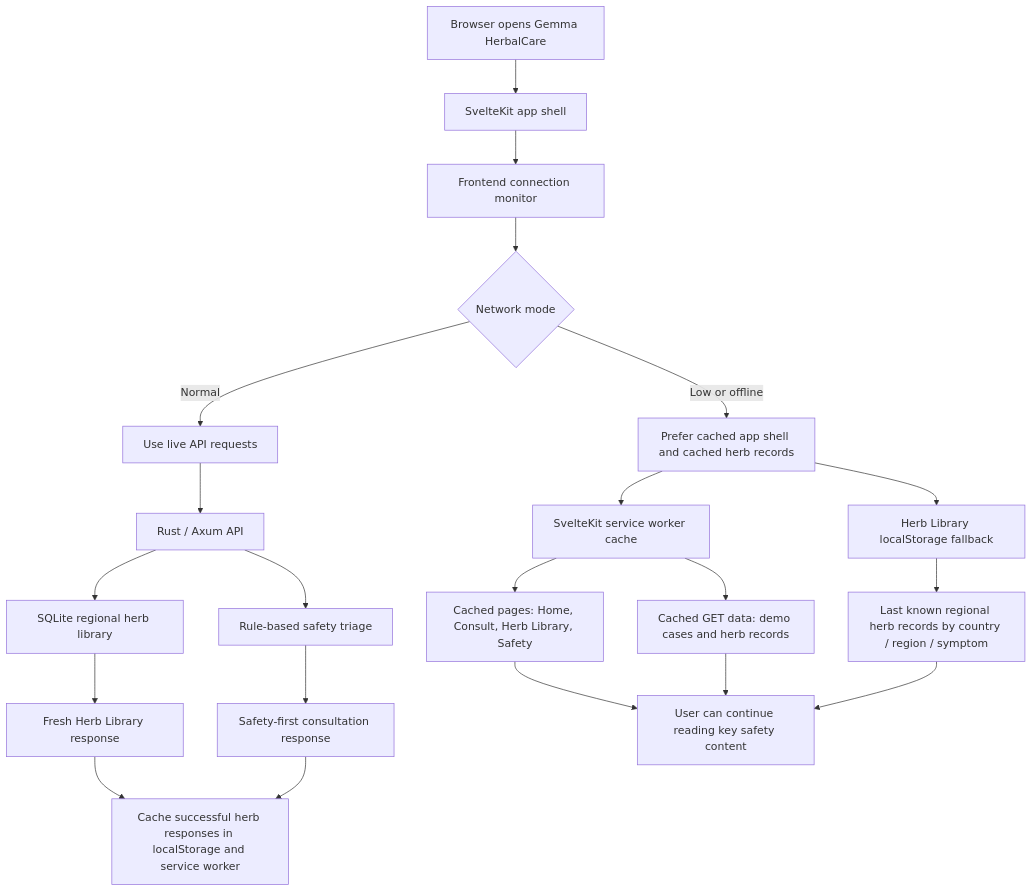
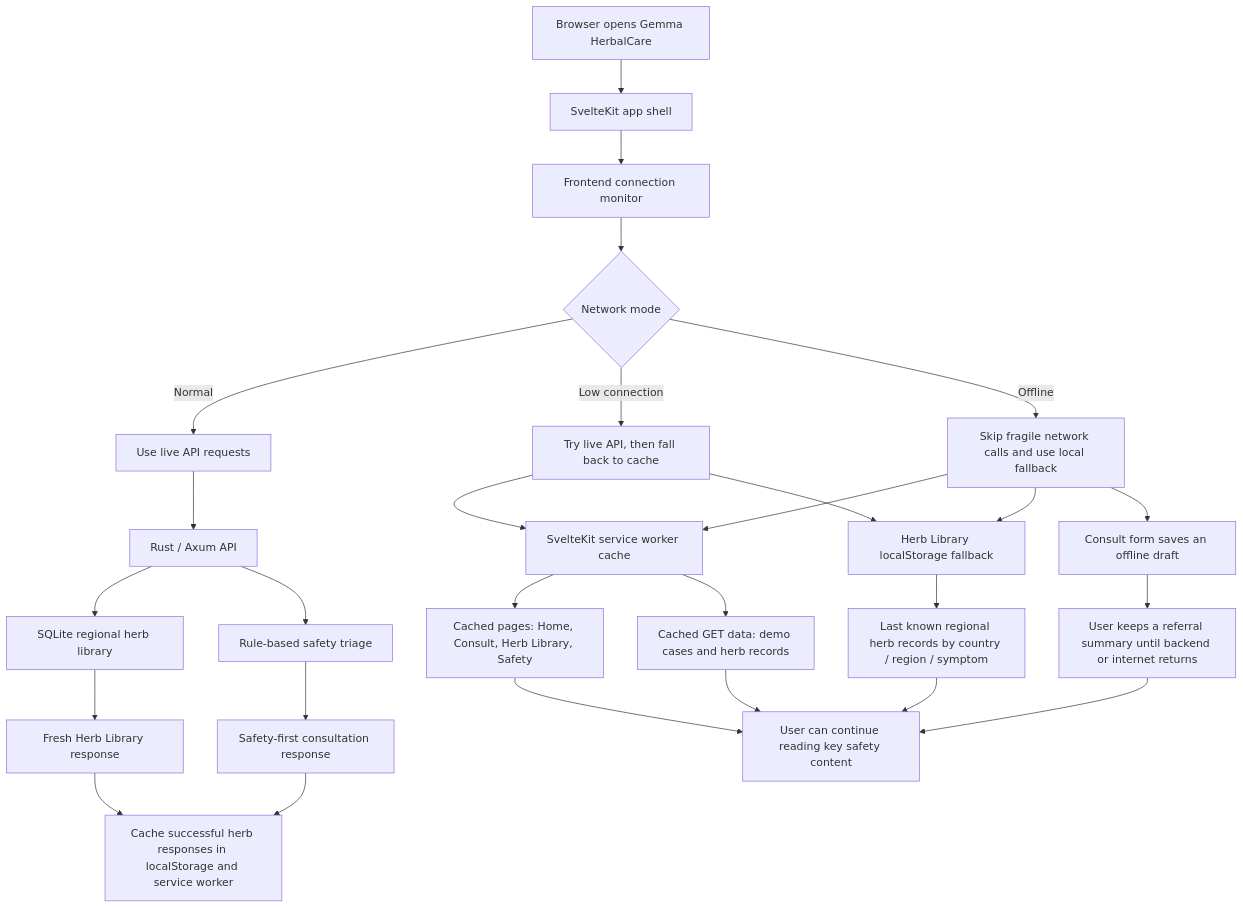
The fourth of 4 diagrams in README.md (quangnguyenvn/Gemma_HerbalCare), drawn with Mermaid before and after one commit. The commit also changed other lines of this file and 5 other files, not shown here.

Commit message:
Add offline connection mode

````diff
--- a/README.md
+++ b/README.md
@@ -264,23 +264,29 @@
 ```mermaid
 flowchart TD
   A["Browser opens Gemma HerbalCare"] --> B["SvelteKit app shell"]
   B --> C["Frontend connection monitor"]
   C --> D{"Network mode"}
   D -->|Normal| E["Use live API requests"]
-  D -->|Low or offline| F["Prefer cached app shell and cached herb records"]
+  D -->|Low connection| F["Try live API, then fall back to cache"]
+  D -->|Offline| S["Skip fragile network calls and use local fallback"]
   E --> G["Rust / Axum API"]
   G --> H["SQLite regional herb library"]
   G --> I["Rule-based safety triage"]
   H --> J["Fresh Herb Library response"]
   I --> K["Safety-first consultation response"]
   J --> L["Cache successful herb responses in localStorage and service worker"]
   K --> L
   F --> M["SvelteKit service worker cache"]
   F --> N["Herb Library localStorage fallback"]
+  S --> M
+  S --> N
+  S --> T["Consult form saves an offline draft"]
   M --> O["Cached pages: Home, Consult, Herb Library, Safety"]
   M --> P["Cached GET data: demo cases and herb records"]
   N --> Q["Last known regional herb records by country / region / symptom"]
   O --> R["User can continue reading key safety content"]
   P --> R
   Q --> R
+  T --> U["User keeps a referral summary until backend or internet returns"]
+  U --> R
 ```
````
